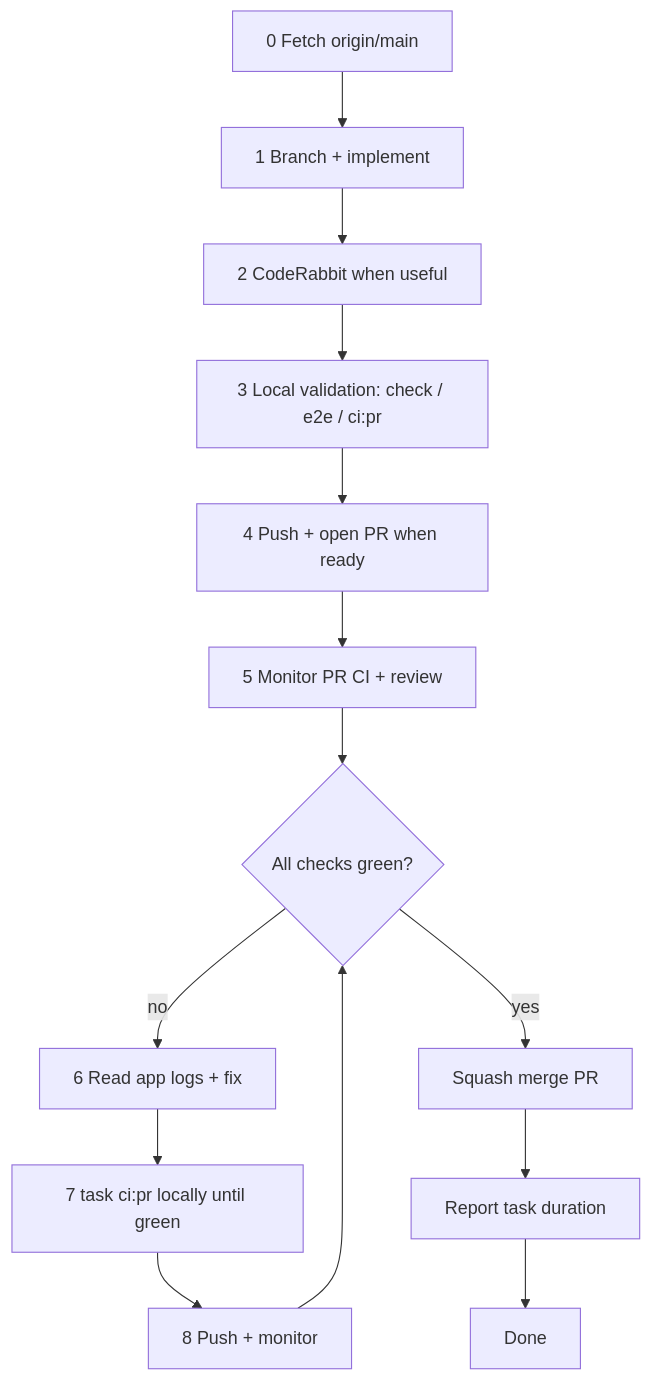
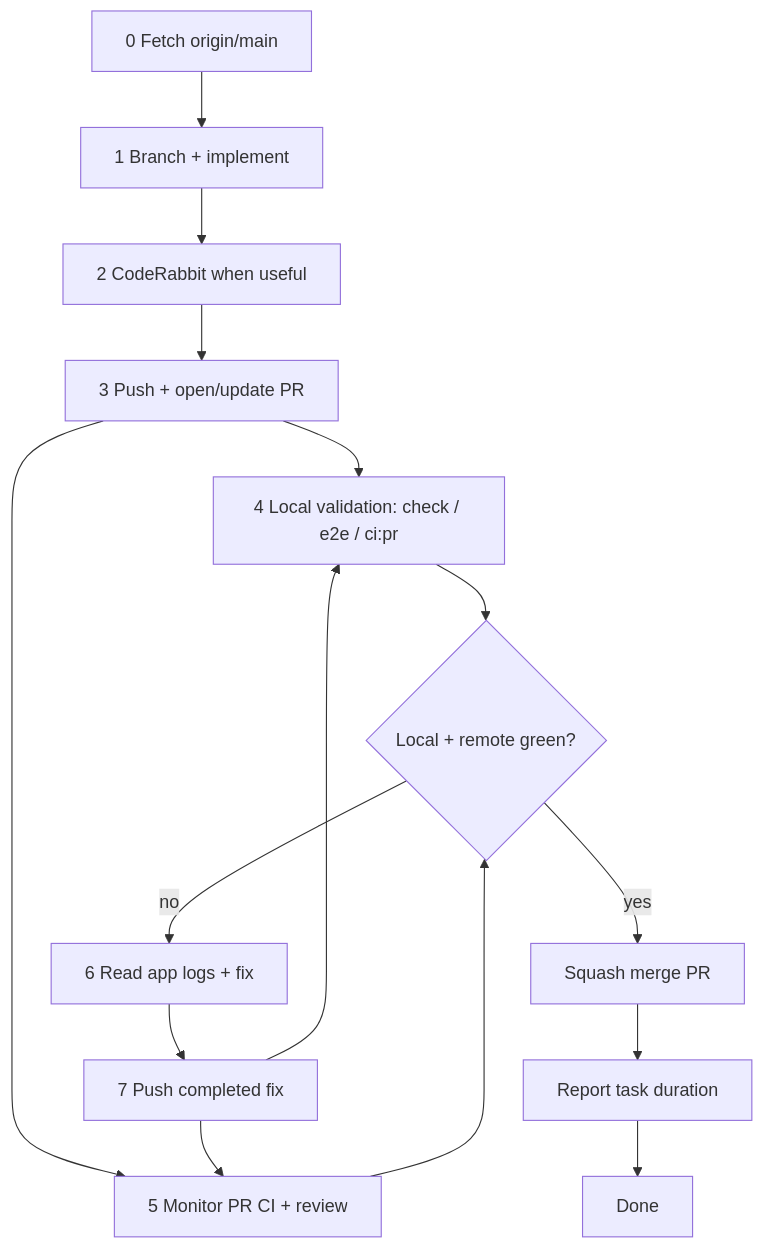
One commit to meta-secret/nook changed the diagram in .cortex/workflows/pull-requests.md. Above: the diagram before and after it, drawn with Mermaid. The commit also changed other lines of this file and 9 other files, not shown here.

````diff
--- a/.cortex/workflows/pull-requests.md
+++ b/.cortex/workflows/pull-requests.md
@@ -24,16 +24,17 @@
 ```mermaid
 flowchart TD
   Z[0 Fetch origin/main] --> A[1 Branch + implement]
   A --> CR[2 CodeRabbit when useful]
-  CR --> B[3 Local validation: check / e2e / ci:pr]
-  B --> E[4 Push + open PR when ready]
+  CR --> E[3 Push + open/update PR]
+  E --> B[4 Local validation: check / e2e / ci:pr]
   E --> F[5 Monitor PR CI + review]
-  F --> G{All checks green?}
+  B --> G{Local + remote green?}
+  F --> G
   G -->|no| H[6 Read app logs + fix]
-  H --> FULL[7 task ci:pr locally until green]
-  FULL --> PUSH[8 Push + monitor]
-  PUSH --> G
+  H --> PUSH[7 Push completed fix]
+  PUSH --> B
+  PUSH --> F
   G -->|yes| I[Squash merge PR]
   I --> J[Report task duration]
   J --> K[Done]
 ```
````
